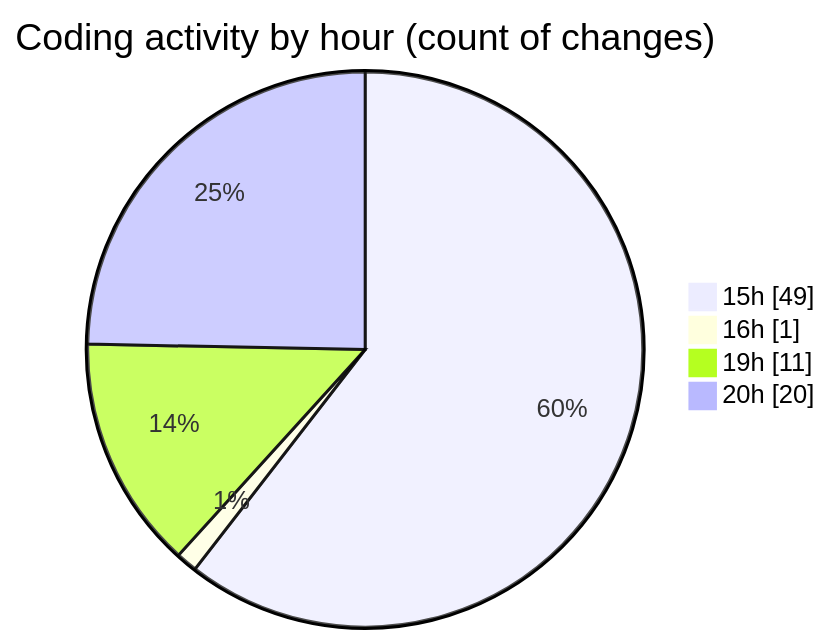
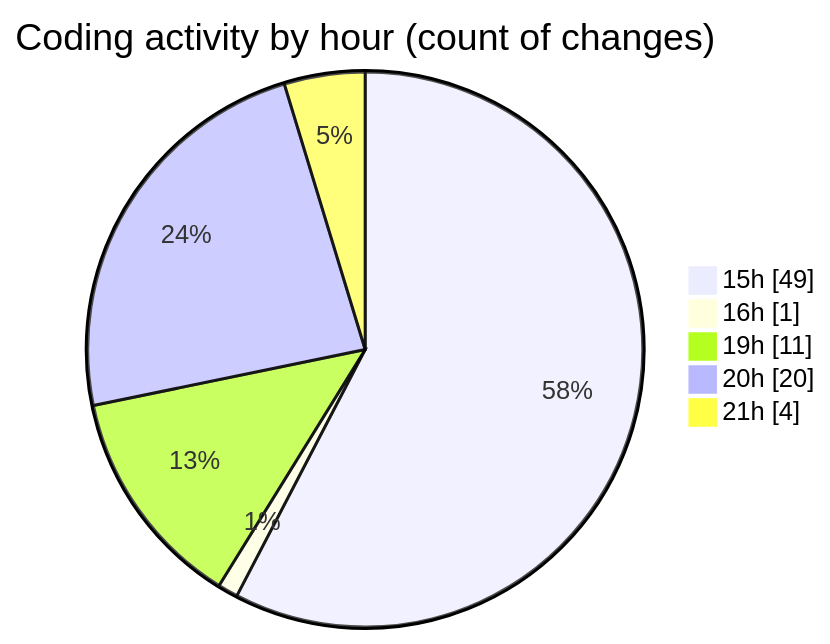
Before and after one commit to Elitesun/code-tracking: the second of 2 diagrams in 2025-04-07/sungpt/README.md, drawn with Mermaid. The commit also changed other lines of this file and 1 other file, not shown here.

````diff
--- a/2025-04-07/sungpt/README.md
+++ b/2025-04-07/sungpt/README.md
@@ -37,8 +37,9 @@
 ```mermaid
 pie showData
 title Coding activity by hour (count of changes)
 "15h" : 49
 "16h" : 1
 "19h" : 11
 "20h" : 20
+"21h" : 4
 ```
````
